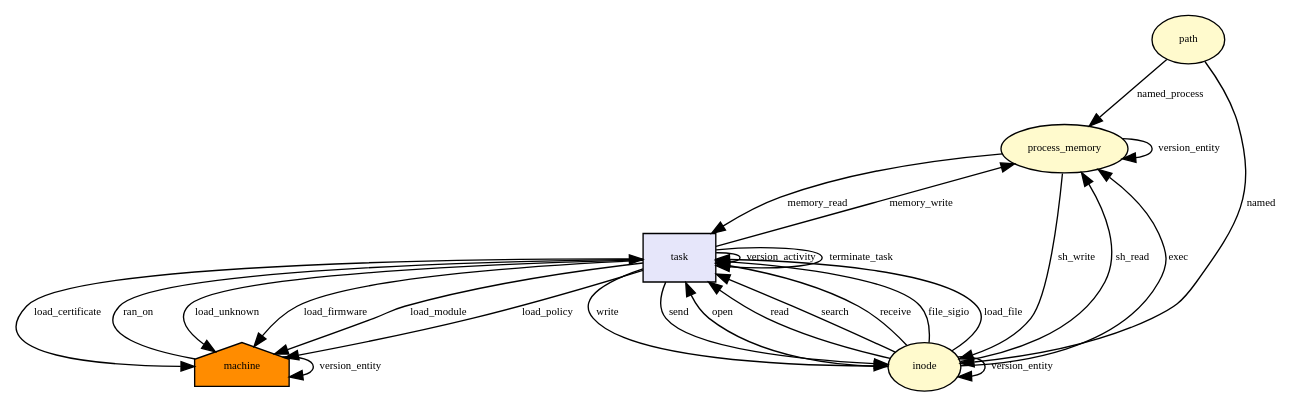
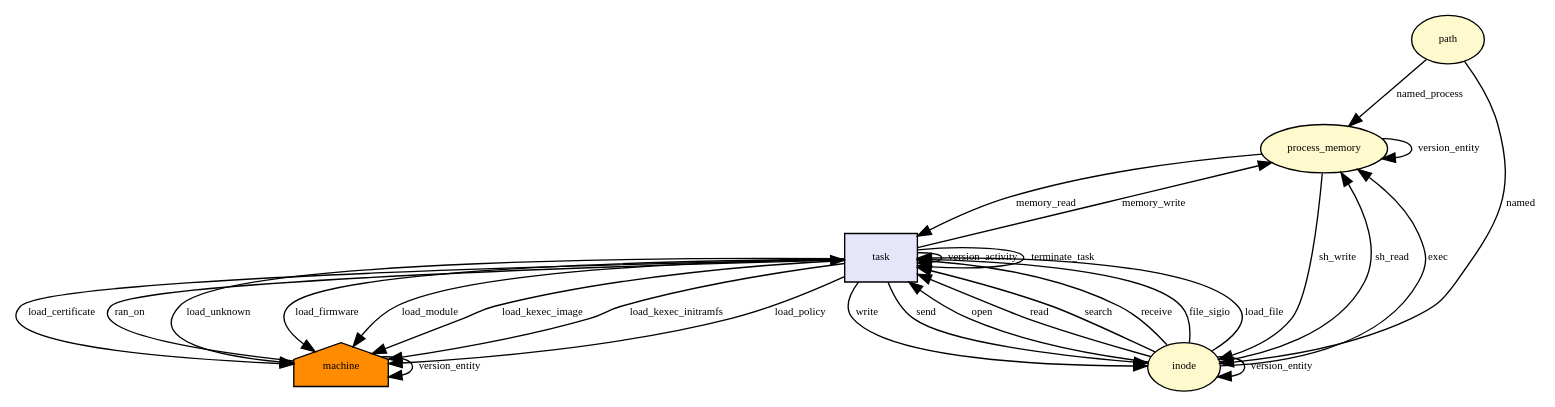
The diagram in docs/dot/__x64_sys_kexec_file_load.dot (CamFlow/camflow-dev), drawn with Graphviz before and after one commit. The commit also changed 10 other files, not shown here.

```diff
--- a/docs/dot/__x64_sys_kexec_file_load.dot
+++ b/docs/dot/__x64_sys_kexec_file_load.dot
@@ -1,63 +1,67 @@
 digraph RGL__DirectedAdjacencyGraph {path[fontsize = 8,label = path,shape = ellipse, fillcolor="#fffacd", style = filled]
 
 process_memory[fontsize = 8,label = process_memory,shape = ellipse, fillcolor="#fffacd", style = filled]
 
 path -> process_memory[fontsize = 8,label = named_process]
 
 machine[fontsize = 8,label = machine,shape = house, fillcolor="#ff8c00", style = filled]
 
 task[fontsize = 8,label = task,shape = rectangle, fillcolor="#e6e6fa", style = filled]
 
 machine -> task[fontsize = 8,label = ran_on]
 
 inode[fontsize = 8,label = inode,shape = ellipse, fillcolor="#fffacd", style = filled]
 
 path -> inode[fontsize = 8,label = named]
 
 inode -> task[fontsize = 8,label = open]
 
 task -> process_memory[fontsize = 8,label = memory_write]
 
 task -> task[fontsize = 8,label = version_activity]
 
 process_memory -> process_memory[fontsize = 8,label = version_entity]
 
 process_memory -> inode[fontsize = 8,label = sh_write]
 
 inode -> inode[fontsize = 8,label = version_entity]
 
 process_memory -> task[fontsize = 8,label = memory_read]
 
 task -> inode[fontsize = 8,label = write]
 
 inode -> process_memory[fontsize = 8,label = sh_read]
 
 inode -> task[fontsize = 8,label = read]
 
 inode -> task[fontsize = 8,label = search]
 
 task -> inode[fontsize = 8,label = send]
 
 inode -> task[fontsize = 8,label = receive]
 
 inode -> process_memory[fontsize = 8,label = exec]
 
 inode -> task[fontsize = 8,label = file_sigio]
 
 inode -> task[fontsize = 8,label = load_file]
 
 task -> machine[fontsize = 8,label = load_unknown]
 
 machine -> machine[fontsize = 8,label = version_entity]
 
 task -> machine[fontsize = 8,label = load_firmware]
 
 task -> machine[fontsize = 8,label = load_module]
 
+task -> machine[fontsize = 8,label = load_kexec_image]
+
+task -> machine[fontsize = 8,label = load_kexec_initramfs]
+
 task -> machine[fontsize = 8,label = load_policy]
 
 task -> machine[fontsize = 8,label = load_certificate]
 
 task -> task[fontsize = 8,label = terminate_task]
 
 }
```
